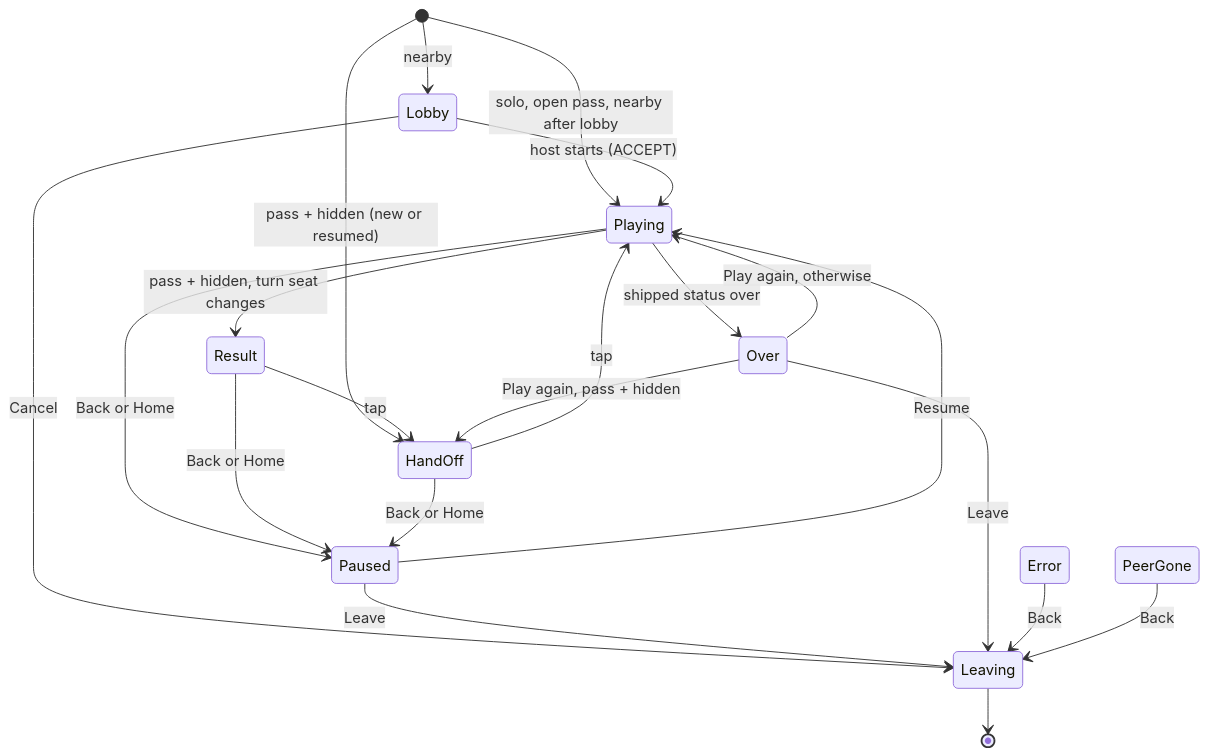
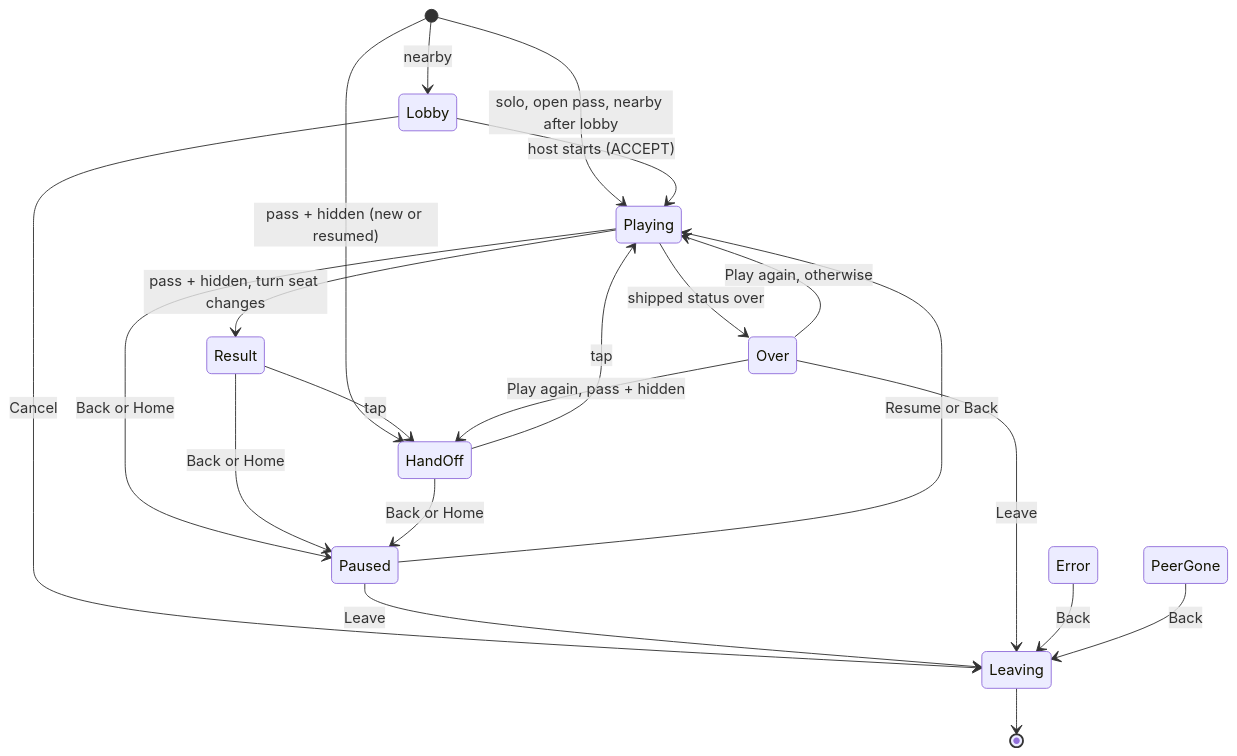
One commit to CarpeTelam/crosshatch-player changed the second of 4 diagrams in _bmad-output/planning-artifacts/architecture/architecture-crosshatch-player-2026-09-26/ARCHITECTURE-SPINE.md. Above: the diagram before and after it, drawn with Mermaid. The commit also changed other lines of this file and 2 other files, not shown here.

````diff
--- a/_bmad-output/planning-artifacts/architecture/architecture-crosshatch-player-2026-09-26/ARCHITECTURE-SPINE.md
+++ b/_bmad-output/planning-artifacts/architecture/architecture-crosshatch-player-2026-09-26/ARCHITECTURE-SPINE.md
@@ -303,23 +308,23 @@
   ```mermaid
   stateDiagram-v2
     [*] --> Lobby: nearby
     [*] --> HandOff: pass + hidden (new or resumed)
     [*] --> Playing: solo, open pass, nearby after lobby
     Lobby --> Playing: host starts (ACCEPT)
     Lobby --> Leaving: Cancel
     Playing --> Result: pass + hidden, turn seat changes
     Result --> HandOff: tap
     HandOff --> Playing: tap
     Playing --> Paused: Back or Home
     Result --> Paused: Back or Home
     HandOff --> Paused: Back or Home
-    Paused --> Playing: Resume
+    Paused --> Playing: Resume or Back
     Paused --> Leaving: Leave
     Playing --> Over: shipped status over
     Over --> HandOff: Play again, pass + hidden
     Over --> Playing: Play again, otherwise
     Over --> Leaving: Leave
     Error --> Leaving: Back
     PeerGone --> Leaving: Back
     Leaving --> [*]
   ```
````
